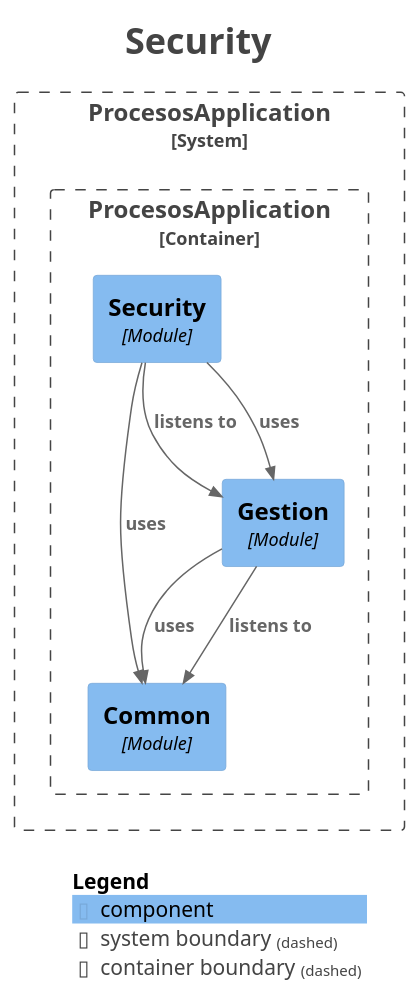
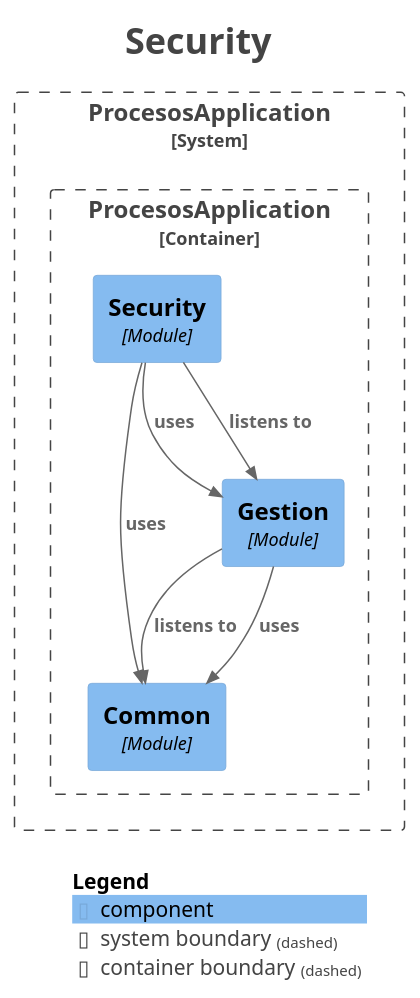
Before and after one commit to AndresContreras1/bpmn-process-manager-api: the diagram in docs/modules/module-security.puml, drawn with PlantUML. The commit also changed other lines of this file and 16 other files, not shown here.

```diff
--- a/docs/modules/module-security.puml
+++ b/docs/modules/module-security.puml
@@ -1,35 +1,35 @@
 @startuml
 title <size:24>Security</size>
 
 set separator none
 top to bottom direction
 
 <style>
   root {
     BackgroundColor: #ffffff
     FontColor: #444444
   }
 </style>
 
 !include <C4/C4>
 !include <C4/C4_Context>
 !include <C4/C4_Component>
 
 System_Boundary("ProcesosApplication_boundary", "ProcesosApplication", $tags="") {
   Container_Boundary("ProcesosApplication.ProcesosApplication_boundary", "ProcesosApplication", $tags="") {
     Component(ProcesosApplication.ProcesosApplication.Common, "Common", $techn="Module", $descr="", $tags="", $link="")
     Component(ProcesosApplication.ProcesosApplication.Gestion, "Gestion", $techn="Module", $descr="", $tags="", $link="")
     Component(ProcesosApplication.ProcesosApplication.Security, "Security", $techn="Module", $descr="", $tags="", $link="")
   }
 
 }
 
-Rel(ProcesosApplication.ProcesosApplication.Gestion, ProcesosApplication.ProcesosApplication.Common, "uses", $techn="", $tags="", $link="")
-Rel(ProcesosApplication.ProcesosApplication.Security, ProcesosApplication.ProcesosApplication.Gestion, "listens to", $techn="", $tags="", $link="")
 Rel(ProcesosApplication.ProcesosApplication.Security, ProcesosApplication.ProcesosApplication.Gestion, "uses", $techn="", $tags="", $link="")
 Rel(ProcesosApplication.ProcesosApplication.Security, ProcesosApplication.ProcesosApplication.Common, "uses", $techn="", $tags="", $link="")
 Rel(ProcesosApplication.ProcesosApplication.Gestion, ProcesosApplication.ProcesosApplication.Common, "listens to", $techn="", $tags="", $link="")
+Rel(ProcesosApplication.ProcesosApplication.Gestion, ProcesosApplication.ProcesosApplication.Common, "uses", $techn="", $tags="", $link="")
+Rel(ProcesosApplication.ProcesosApplication.Security, ProcesosApplication.ProcesosApplication.Gestion, "listens to", $techn="", $tags="", $link="")
 
 SHOW_LEGEND(true)
 hide stereotypes
 @enduml
```
